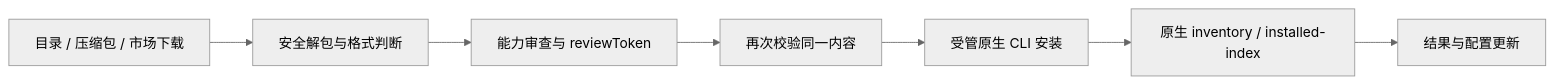
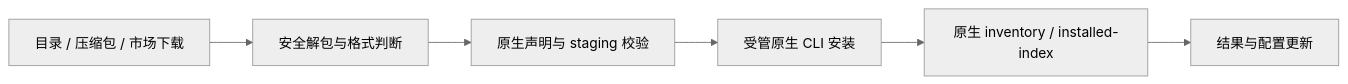
The fourth of 4 diagrams in docs/architecture/07-plugin-system.md (liangxhao/JustDo), drawn with Mermaid (neutral theme) before and after one commit. The commit also changed other lines of this file and 47 other files, not shown here.

````diff
--- a/docs/architecture/07-plugin-system.md
+++ b/docs/architecture/07-plugin-system.md
@@ -367,9 +381,8 @@
 ```mermaid
 flowchart LR
   Source[目录 / 压缩包 / 市场下载] --> Validate[安全解包与格式判断]
-  Validate --> Review[能力审查与 reviewToken]
-  Review --> Recheck[再次校验同一内容]
+  Validate --> Recheck[原生声明与 staging 校验]
   Recheck --> Install[受管原生 CLI 安装]
   Install --> Readback[原生 inventory / installed-index]
   Readback --> Result[结果与配置更新]
 ```
````
